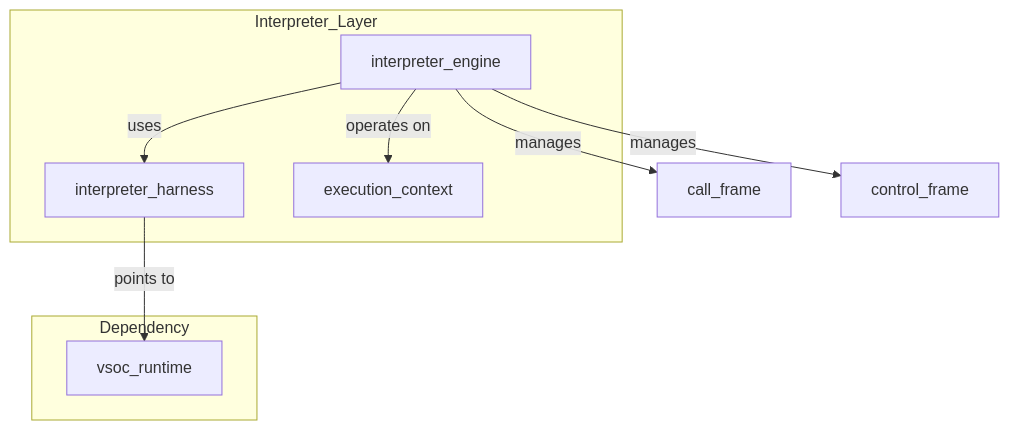
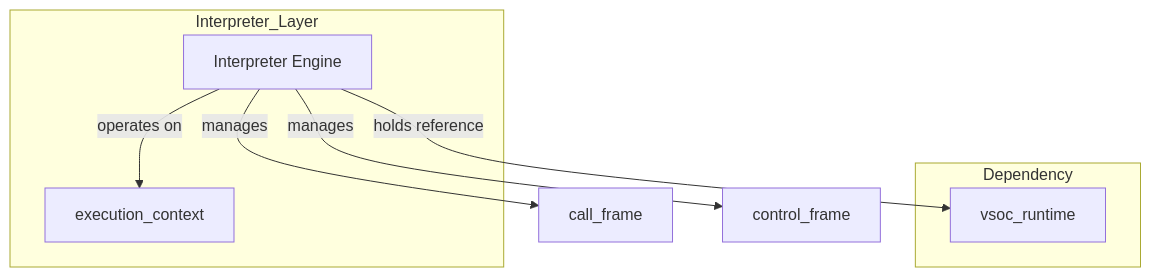
Before and after one commit to kmt-t/fireball: the first of 3 diagrams in docs/orders/components/interpreter.md, drawn with Mermaid. The commit also changed other lines of this file and 11 other files, not shown here.

````diff
--- a/docs/orders/components/interpreter.md
+++ b/docs/orders/components/interpreter.md
@@ -17,18 +17,16 @@
 ```mermaid
 graph TD
     subgraph Interpreter_Layer
-        Harness[interpreter_harness]
-        Interp[interpreter_engine]
+        Engine[Interpreter Engine]
         Context[execution_context]
     end
 
     subgraph Dependency
         Env[vsoc_runtime]
     end
 
-    Interp -- uses --> Harness
-    Harness -- points to --> Env
-    Interp -- operates on --> Context
-    Interp -- manages --> Frame[call_frame]
-    Interp -- manages --> Control[control_frame]
+    Engine -- holds reference --> Env
+    Engine -- operates on --> Context
+    Engine -- manages --> Frame[call_frame]
+    Engine -- manages --> Control[control_frame]
 ```
````
